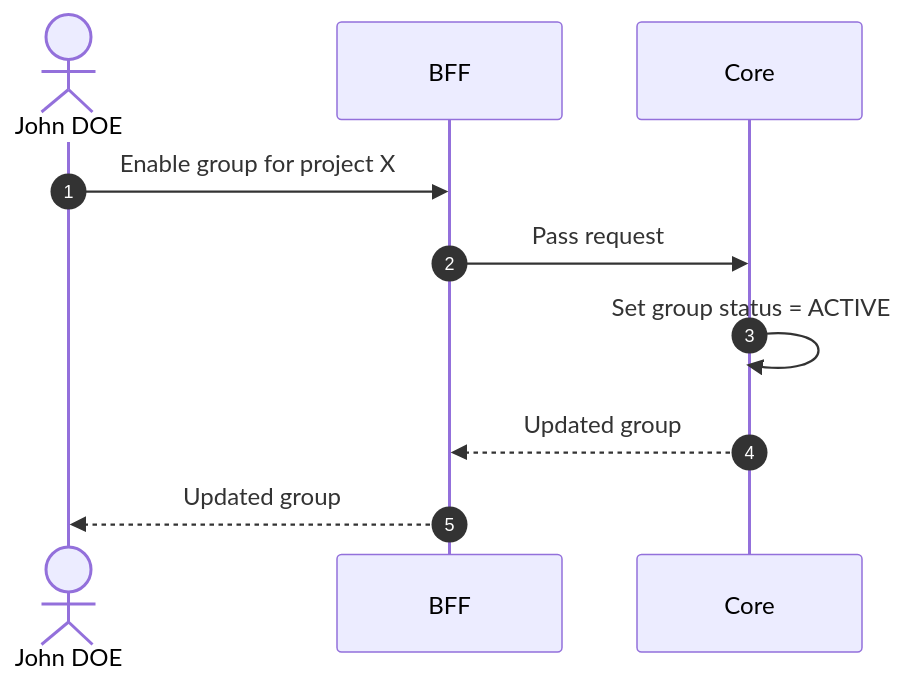
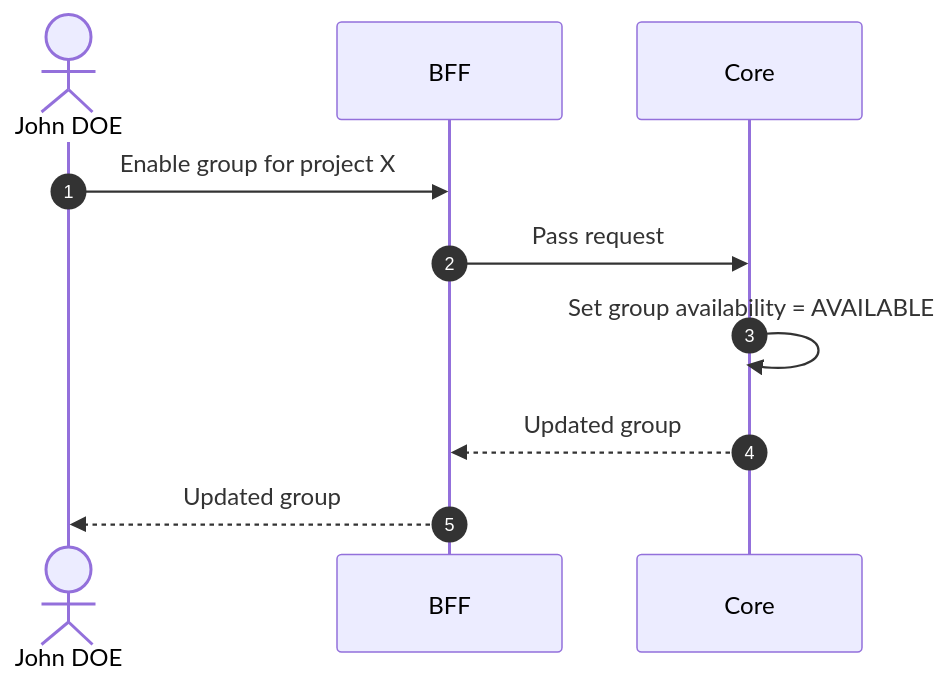
Before and after one commit to laucoin/my-project--documentation: the diagram in functional/features/enable-group.md, drawn with Mermaid. The commit also changed 60 other files, not shown here.

````diff
--- a/functional/features/enable-group.md
+++ b/functional/features/enable-group.md
@@ -43,10 +43,10 @@
 ```mermaid
 sequenceDiagram
     autonumber
     actor John DOE
     John DOE ->> BFF: Enable group for project X
     BFF ->> Core: Pass request
-    Core ->> Core: Set group status = ACTIVE
+    Core ->> Core: Set group availability = AVAILABLE
     Core -->> BFF: Updated group
     BFF -->> John DOE: Updated group
 ```
````
